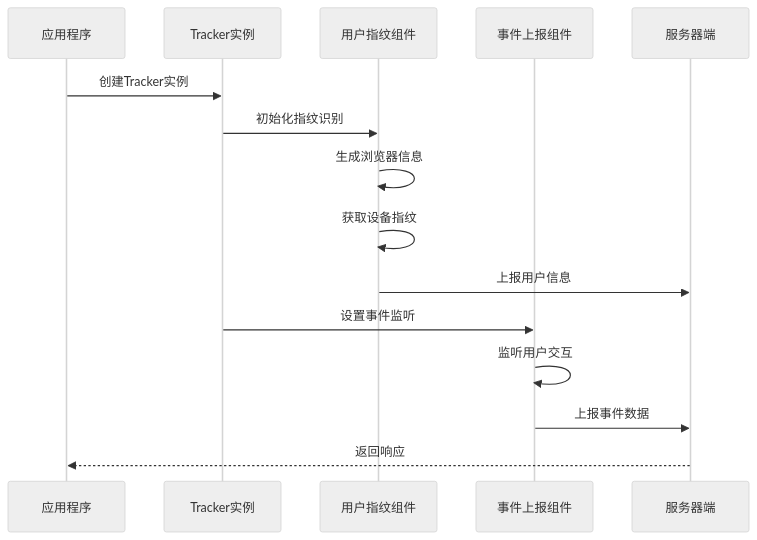
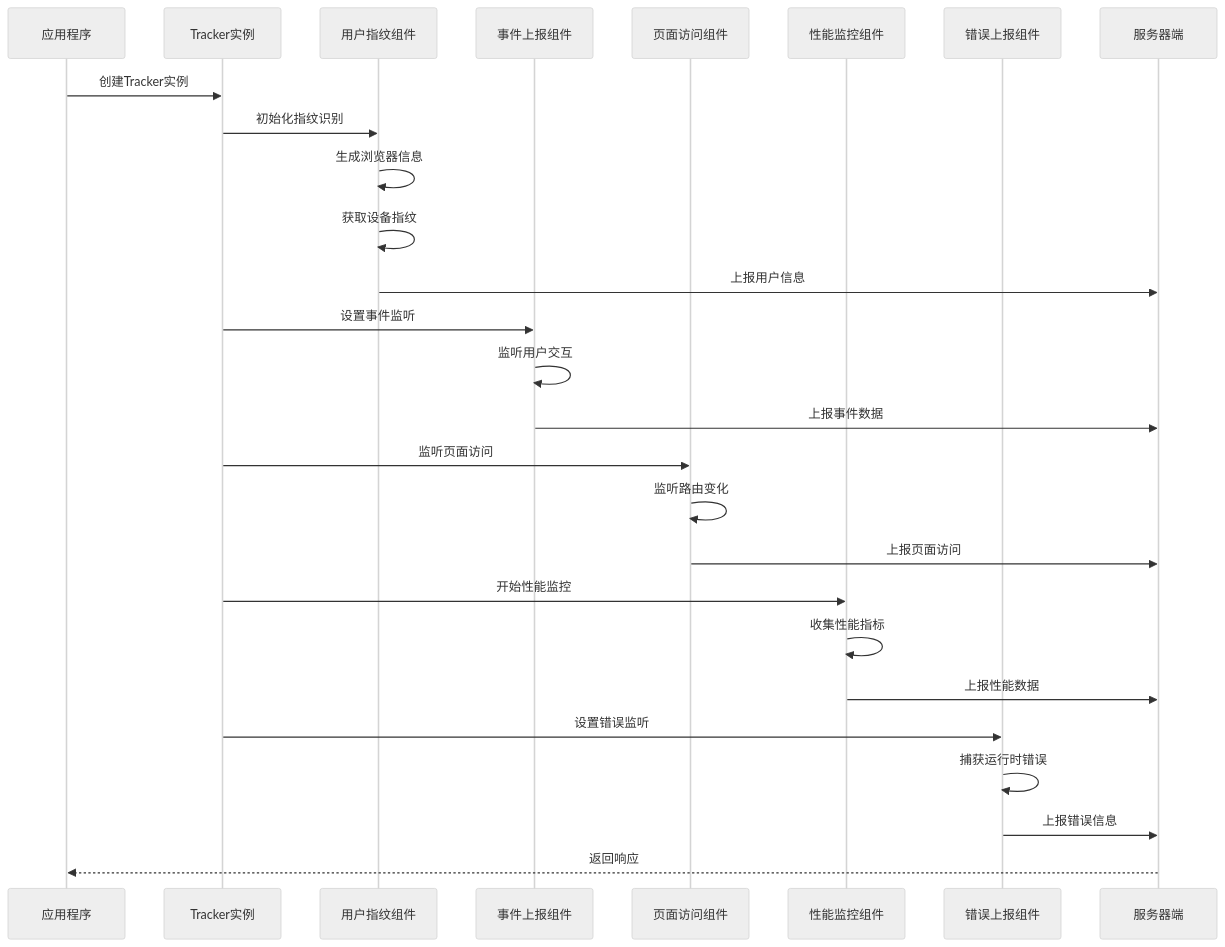
The second of 11 diagrams in .qoder/repowiki/zh/content/学习进度跟踪模块.md (LihaoZDB/English-Study), drawn with Mermaid (neutral theme) before and after one commit. The commit also changed other lines of this file and 5 other files, not shown here.

````diff
--- a/.qoder/repowiki/zh/content/学习进度跟踪模块.md
+++ b/.qoder/repowiki/zh/content/学习进度跟踪模块.md
@@ -89,17 +148,29 @@
 ```mermaid
 sequenceDiagram
 participant App as 应用程序
 participant Tracker as Tracker实例
 participant UV as 用户指纹组件
 participant Event as 事件上报组件
+participant PV as 页面访问组件
+participant Performance as 性能监控组件
+participant Error as 错误上报组件
 participant Server as 服务器端
 App->>Tracker : 创建Tracker实例
 Tracker->>UV : 初始化指纹识别
 UV->>UV : 生成浏览器信息
 UV->>UV : 获取设备指纹
 UV->>Server : 上报用户信息
 Tracker->>Event : 设置事件监听
 Event->>Event : 监听用户交互
 Event->>Server : 上报事件数据
+Tracker->>PV : 监听页面访问
+PV->>PV : 监听路由变化
+PV->>Server : 上报页面访问
+Tracker->>Performance : 开始性能监控
+Performance->>Performance : 收集性能指标
+Performance->>Server : 上报性能数据
+Tracker->>Error : 设置错误监听
+Error->>Error : 捕获运行时错误
+Error->>Server : 上报错误信息
 Server-->>App : 返回响应
 ```
````
